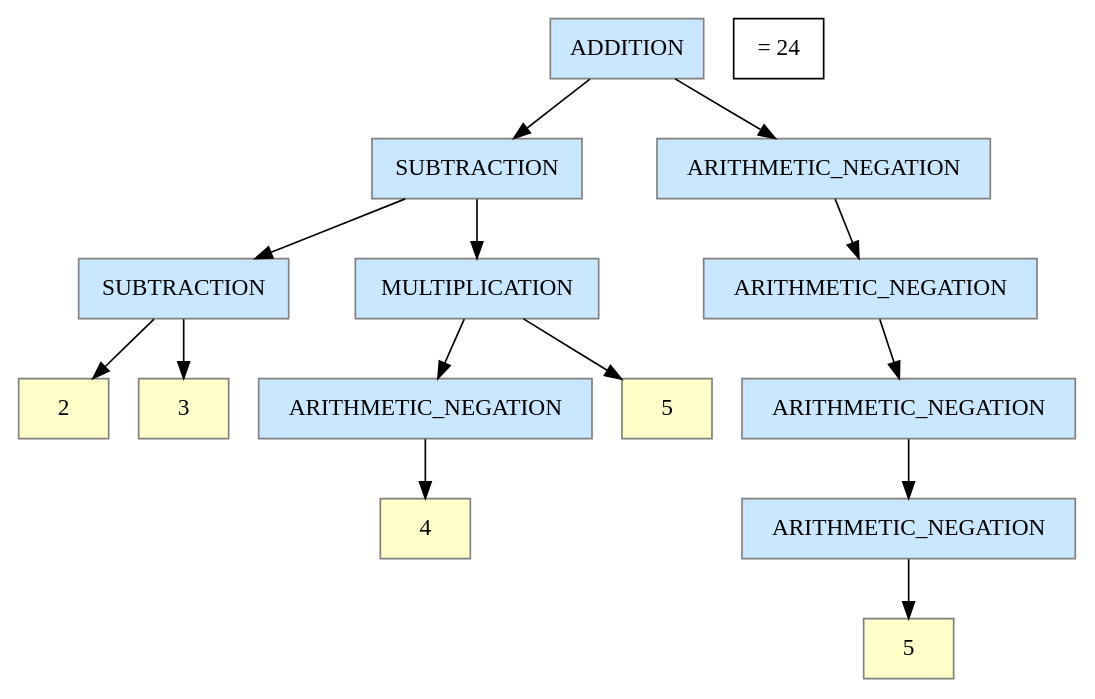
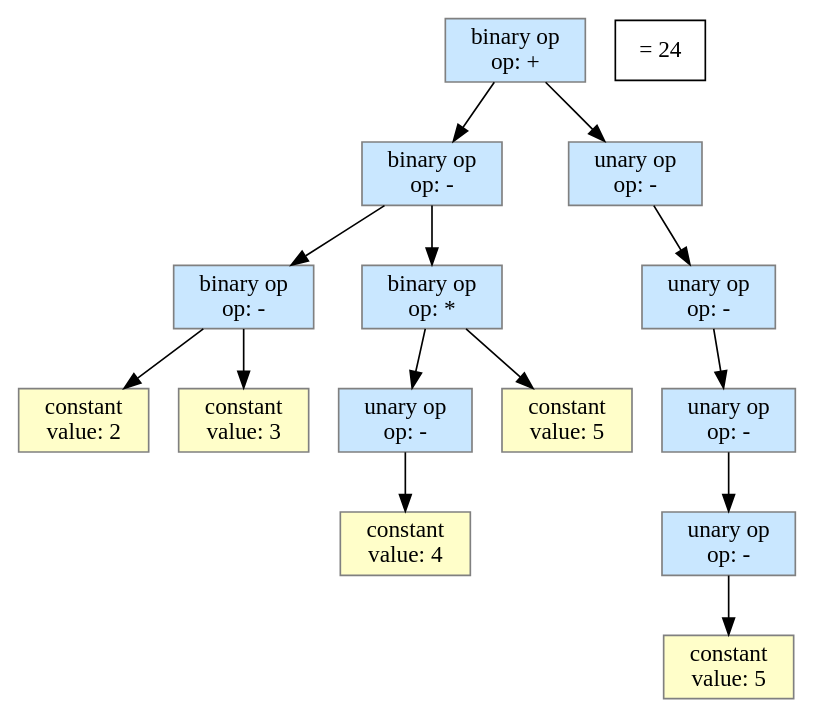
The diagram in samples/simple-graph.dot (viafanasyev/ast-builder), drawn with Graphviz before and after one commit. The commit also changed 20 other files, not shown here.

```diff
--- a/samples/simple-graph.dot
+++ b/samples/simple-graph.dot
@@ -1,30 +1,44 @@
 digraph AST {
-0 [label="ADDITION", shape=box, style=filled, color="grey", fillcolor="#C9E7FF"];
+0 [label="binary op
+op: +", shape=box, style=filled, color="grey", fillcolor="#C9E7FF"];
 0->1
-1 [label="SUBTRACTION", shape=box, style=filled, color="grey", fillcolor="#C9E7FF"];
+1 [label="binary op
+op: -", shape=box, style=filled, color="grey", fillcolor="#C9E7FF"];
 1->2
-2 [label="SUBTRACTION", shape=box, style=filled, color="grey", fillcolor="#C9E7FF"];
+2 [label="binary op
+op: -", shape=box, style=filled, color="grey", fillcolor="#C9E7FF"];
 2->3
-3 [label="2", shape=box, style=filled, color="grey", fillcolor="#FFFEC9"];
+3 [label="constant
+value: 2", shape=box, style=filled, color="grey", fillcolor="#FFFEC9"];
 2->4
-4 [label="3", shape=box, style=filled, color="grey", fillcolor="#FFFEC9"];
+4 [label="constant
+value: 3", shape=box, style=filled, color="grey", fillcolor="#FFFEC9"];
 1->5
-5 [label="MULTIPLICATION", shape=box, style=filled, color="grey", fillcolor="#C9E7FF"];
+5 [label="binary op
+op: *", shape=box, style=filled, color="grey", fillcolor="#C9E7FF"];
 5->6
-6 [label="ARITHMETIC_NEGATION", shape=box, style=filled, color="grey", fillcolor="#C9E7FF"];
+6 [label="unary op
+op: -", shape=box, style=filled, color="grey", fillcolor="#C9E7FF"];
 6->7
-7 [label="4", shape=box, style=filled, color="grey", fillcolor="#FFFEC9"];
+7 [label="constant
+value: 4", shape=box, style=filled, color="grey", fillcolor="#FFFEC9"];
 5->8
-8 [label="5", shape=box, style=filled, color="grey", fillcolor="#FFFEC9"];
+8 [label="constant
+value: 5", shape=box, style=filled, color="grey", fillcolor="#FFFEC9"];
 0->9
-9 [label="ARITHMETIC_NEGATION", shape=box, style=filled, color="grey", fillcolor="#C9E7FF"];
+9 [label="unary op
+op: -", shape=box, style=filled, color="grey", fillcolor="#C9E7FF"];
 9->10
-10 [label="ARITHMETIC_NEGATION", shape=box, style=filled, color="grey", fillcolor="#C9E7FF"];
+10 [label="unary op
+op: -", shape=box, style=filled, color="grey", fillcolor="#C9E7FF"];
 10->11
-11 [label="ARITHMETIC_NEGATION", shape=box, style=filled, color="grey", fillcolor="#C9E7FF"];
+11 [label="unary op
+op: -", shape=box, style=filled, color="grey", fillcolor="#C9E7FF"];
 11->12
-12 [label="ARITHMETIC_NEGATION", shape=box, style=filled, color="grey", fillcolor="#C9E7FF"];
+12 [label="unary op
+op: -", shape=box, style=filled, color="grey", fillcolor="#C9E7FF"];
 12->13
-13 [label="5", shape=box, style=filled, color="grey", fillcolor="#FFFEC9"];
+13 [label="constant
+value: 5", shape=box, style=filled, color="grey", fillcolor="#FFFEC9"];
 "= 24" [shape=box];
 }
```
